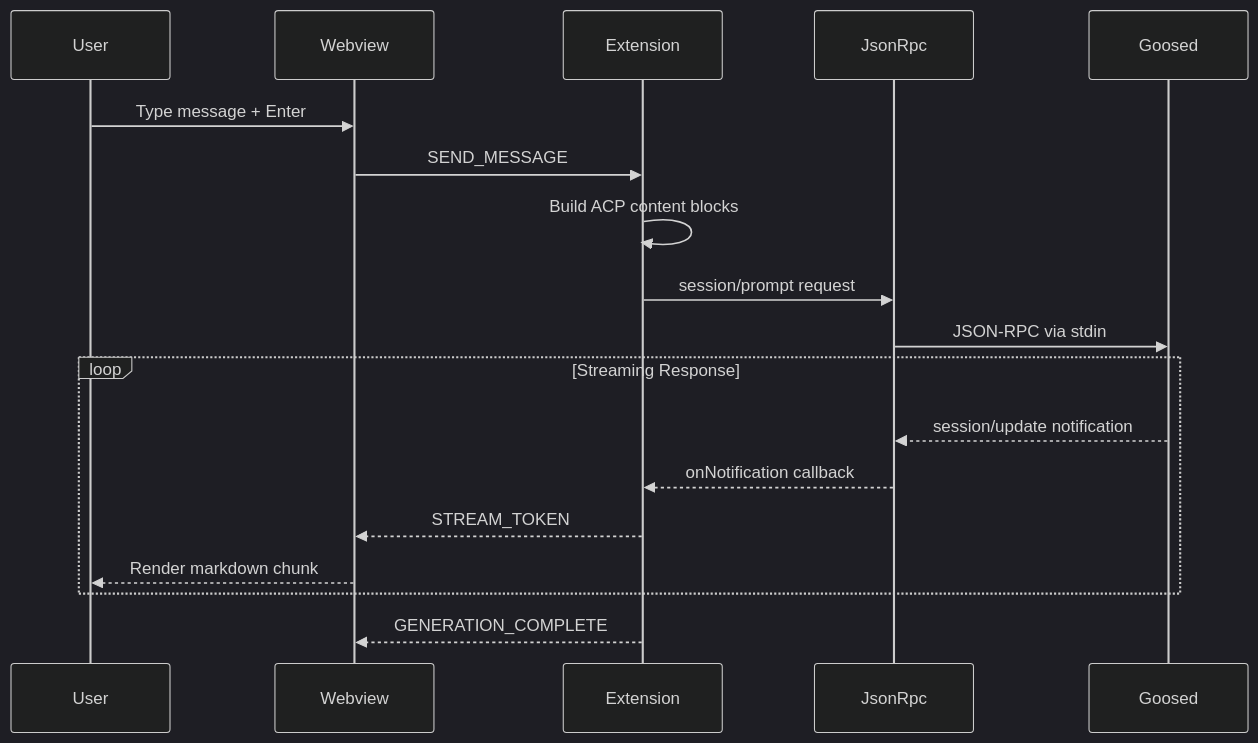
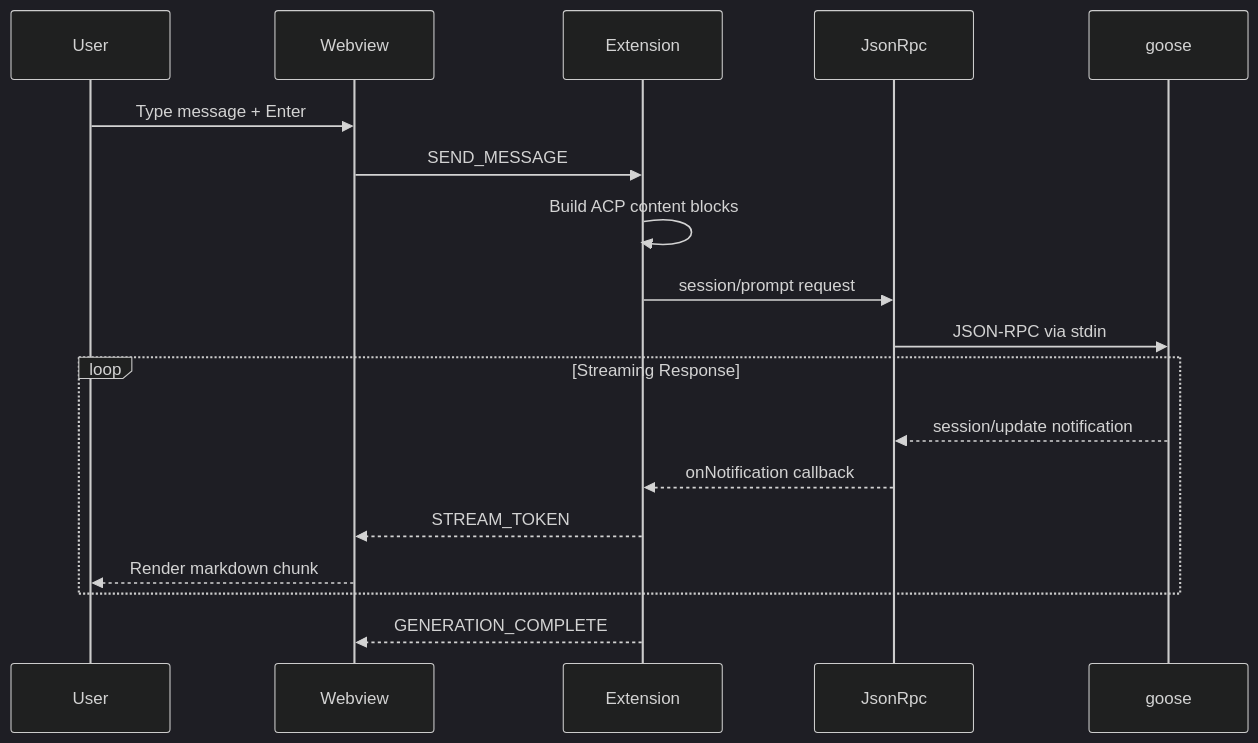
The second of 2 diagrams in .rp1/context/architecture.md (aaif-goose/vscode-goose), drawn with Mermaid (dark theme) before and after one commit. The commit also changed other lines of this file and 4 other files, not shown here.

````diff
--- a/.rp1/context/architecture.md
+++ b/.rp1/context/architecture.md
@@ -102,23 +114,23 @@
 ```mermaid
 sequenceDiagram
     participant User
     participant Webview
     participant Extension
     participant JsonRpc
-    participant Goosed
+    participant goose
 
     User->>Webview: Type message + Enter
     Webview->>Extension: SEND_MESSAGE
     Extension->>Extension: Build ACP content blocks
     Extension->>JsonRpc: session/prompt request
-    JsonRpc->>Goosed: JSON-RPC via stdin
+    JsonRpc->>goose: JSON-RPC via stdin
 
     loop Streaming Response
-        Goosed-->>JsonRpc: session/update notification
+        goose-->>JsonRpc: session/update notification
         JsonRpc-->>Extension: onNotification callback
         Extension-->>Webview: STREAM_TOKEN
         Webview-->>User: Render markdown chunk
     end
 
     Extension-->>Webview: GENERATION_COMPLETE
 ```
````
